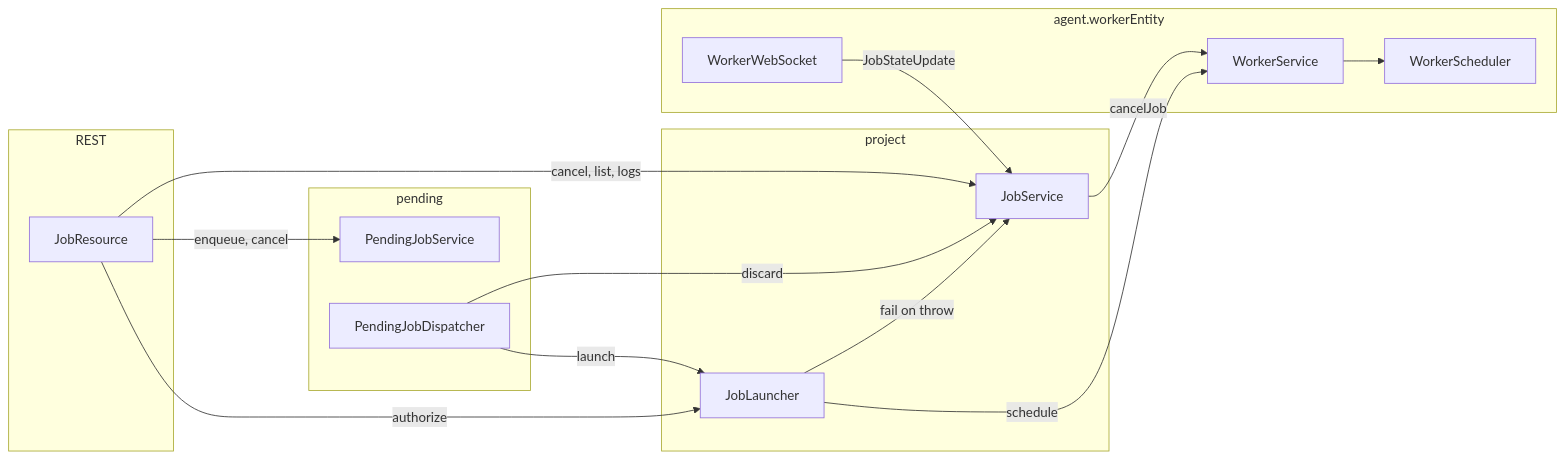
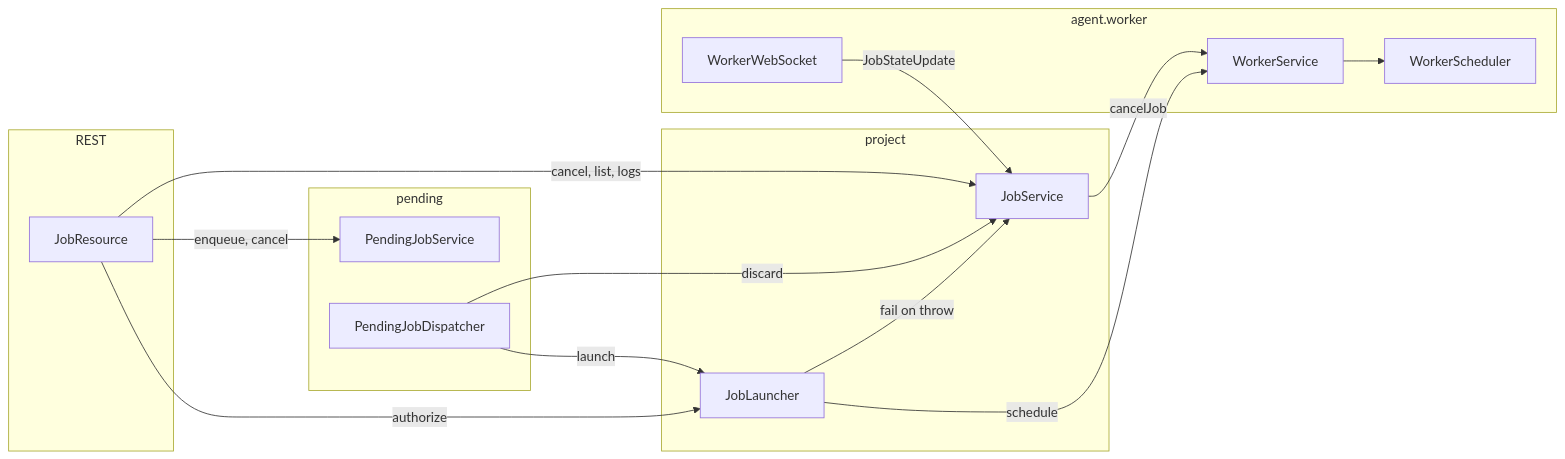
The first of 3 diagrams in agent-docs/job-lifecycle.md (iceBear67/prts-central), drawn with Mermaid before and after one commit. The commit also changed other lines of this file and 14 other files, not shown here.

````diff
--- a/agent-docs/job-lifecycle.md
+++ b/agent-docs/job-lifecycle.md
@@ -7,30 +7,30 @@
 ```mermaid
 flowchart LR
     subgraph REST
         JR[JobResource]
     end
     subgraph project
         JL[JobLauncher]
         JS[JobService]
     end
     subgraph pending
         PJS[PendingJobService]
         PJD[PendingJobDispatcher]
     end
-    subgraph workerEntity[agent.workerEntity]
+    subgraph worker[agent.worker]
         WS[WorkerService]
         SCH[WorkerScheduler]
         WWS[WorkerWebSocket]
     end
 
     JR -->|authorize| JL
     JR -->|enqueue, cancel| PJS
     JR -->|cancel, list, logs| JS
     PJD -->|launch| JL
     PJD -->|discard| JS
     JL -->|schedule| WS
     JL -->|fail on throw| JS
     JS -->|cancelJob| WS
     WS --> SCH
     WWS -->|JobStateUpdate| JS
 ```
````
